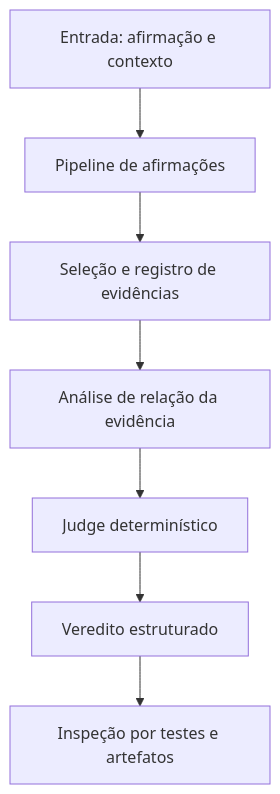
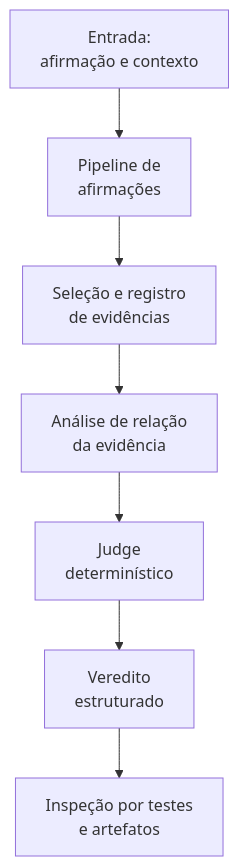
One commit to Ayorinha/ayorai-opensearch changed the diagram in docs/ARCHITECTURE.md. Above: the diagram before and after it, drawn with Mermaid.

Commit message:
docs: quebrar rótulos do diagrama do fluxo de verificação para evitar corte

````diff
--- a/docs/ARCHITECTURE.md
+++ b/docs/ARCHITECTURE.md
@@ -13,9 +13,9 @@
 ```mermaid
 flowchart TD
-    A["Entrada: afirmação e contexto"] --> B["Pipeline de afirmações"]
-    B --> C["Seleção e registro de evidências"]
-    C --> D["Análise de relação da evidência"]
-    D --> E["Judge determinístico"]
-    E --> F["Veredito estruturado"]
-    F --> G["Inspeção por testes e artefatos"]
+    A["Entrada:<br/>afirmação e contexto"] --> B["Pipeline de<br/>afirmações"]
+    B --> C["Seleção e registro<br/>de evidências"]
+    C --> D["Análise de relação<br/>da evidência"]
+    D --> E["Judge<br/>determinístico"]
+    E --> F["Veredito<br/>estruturado"]
+    F --> G["Inspeção por testes<br/>e artefatos"]
 ```
````
